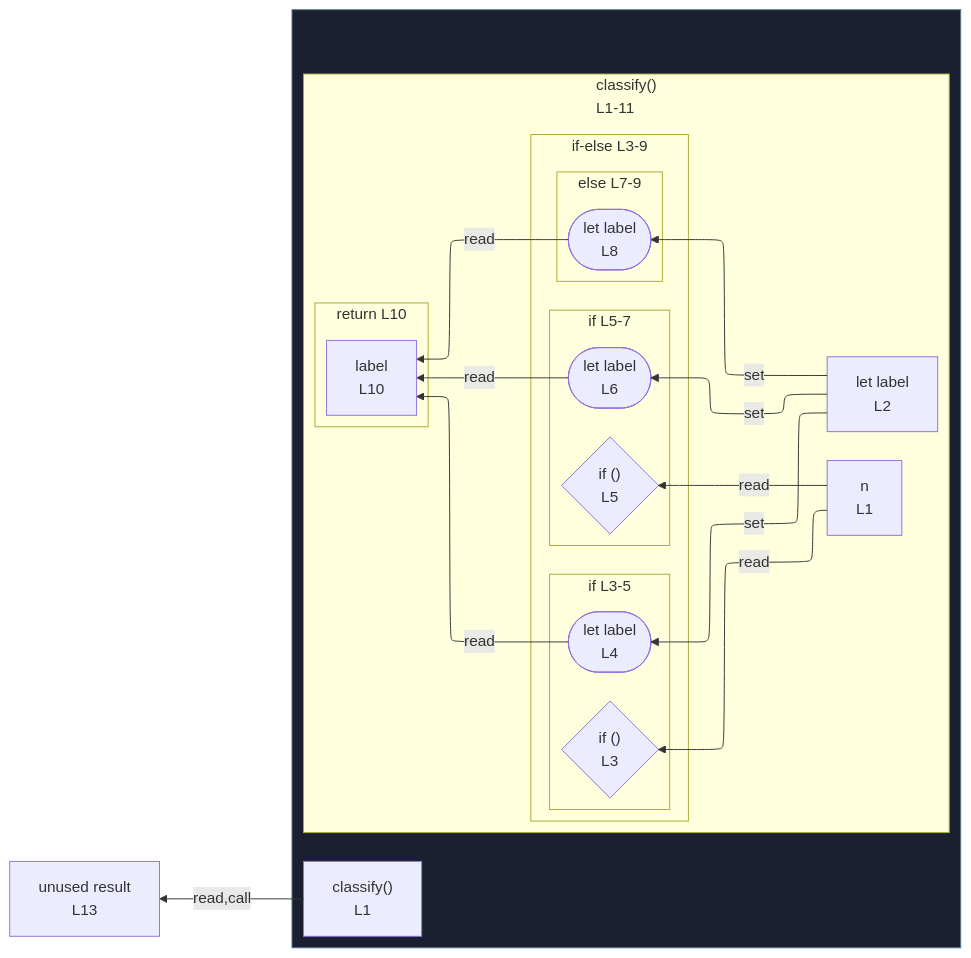
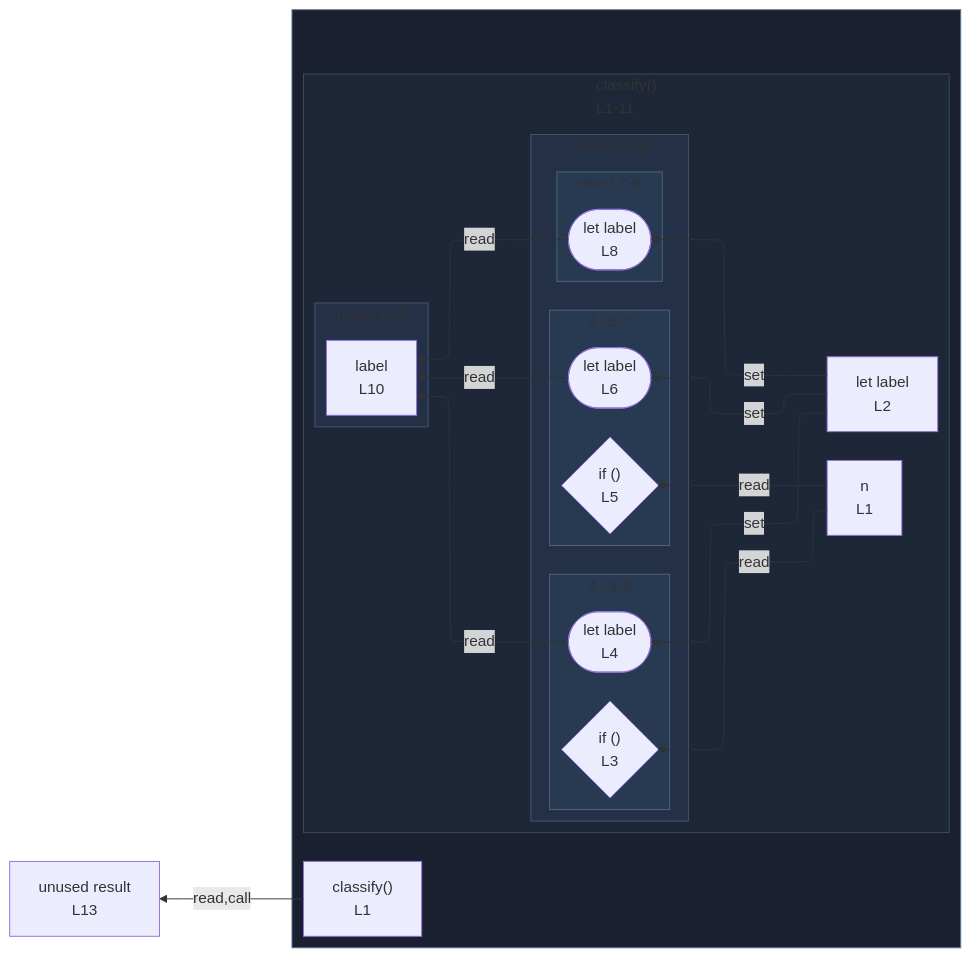
Before and after one commit to crescware/unsnarl: the diagram in integration/fixtures/if-statement/else-if-chain/preview.md, drawn with Mermaid. The commit also changed 249 other files, not shown here.

First line of the commit message:
Color Mermaid subgraphs by nesting depth via theme palette

````diff
--- a/integration/fixtures/if-statement/else-if-chain/preview.md
+++ b/integration/fixtures/if-statement/else-if-chain/preview.md
@@ -23,46 +23,55 @@
 ```mermaid
 %%{init: {"flowchart": {"defaultRenderer": "elk"}}}%%
 flowchart RL
   n_scope_0_result_189["unused result<br/>L13"]
   subgraph wrap_s_scope_1[" "]
     direction TB
     n_scope_0_classify_9["classify()<br/>L1"]
     subgraph s_scope_1["classify()<br/>L1-11"]
       direction RL
       n_scope_1_n_18["n<br/>L1"]
       n_scope_1_label_37["let label<br/>L2"]
       subgraph cont_if_scope_1_46["if-else L3-9"]
         direction RL
         subgraph s_scope_2["if L3-5"]
           direction RL
           if_test_scope_1_46{"if ()<br/>L3"}
           wr_ref_1(["let label<br/>L4"])
         end
         subgraph s_scope_3["if L5-7"]
           direction RL
           if_test_scope_1_92{"if ()<br/>L5"}
           wr_ref_3(["let label<br/>L6"])
         end
         subgraph s_scope_4["else L7-9"]
           direction RL
           wr_ref_4(["let label<br/>L8"])
         end
       end
       subgraph s_return_scope_0_classify_9_166_179["return L10"]
         direction RL
         ret_use_ref_5["label<br/>L10"]
       end
     end
   end
   n_scope_1_label_37 -->|set| wr_ref_1
   n_scope_1_label_37 -->|set| wr_ref_3
   n_scope_1_label_37 -->|set| wr_ref_4
   n_scope_1_n_18 -->|read| if_test_scope_1_46
   n_scope_1_n_18 -->|read| if_test_scope_1_92
   wr_ref_1 -->|read| ret_use_ref_5
   wr_ref_3 -->|read| ret_use_ref_5
   wr_ref_4 -->|read| ret_use_ref_5
   n_scope_0_classify_9 -->|read,call| n_scope_0_result_189
   classDef fnWrap fill:#1a2030,stroke:#5a7d99;
   class wrap_s_scope_1 fnWrap;
+  classDef nestL1 fill:#1e2738,stroke:#3d4a63;
+  class s_scope_1 nestL1;
+  classDef nestL2 fill:#233045,stroke:#475670;
+  class cont_if_scope_1_46 nestL2;
+  class s_return_scope_0_classify_9_166_179 nestL2;
+  classDef nestL3 fill:#283952,stroke:#51637d;
+  class s_scope_2 nestL3;
+  class s_scope_3 nestL3;
+  class s_scope_4 nestL3;
 ```
````
